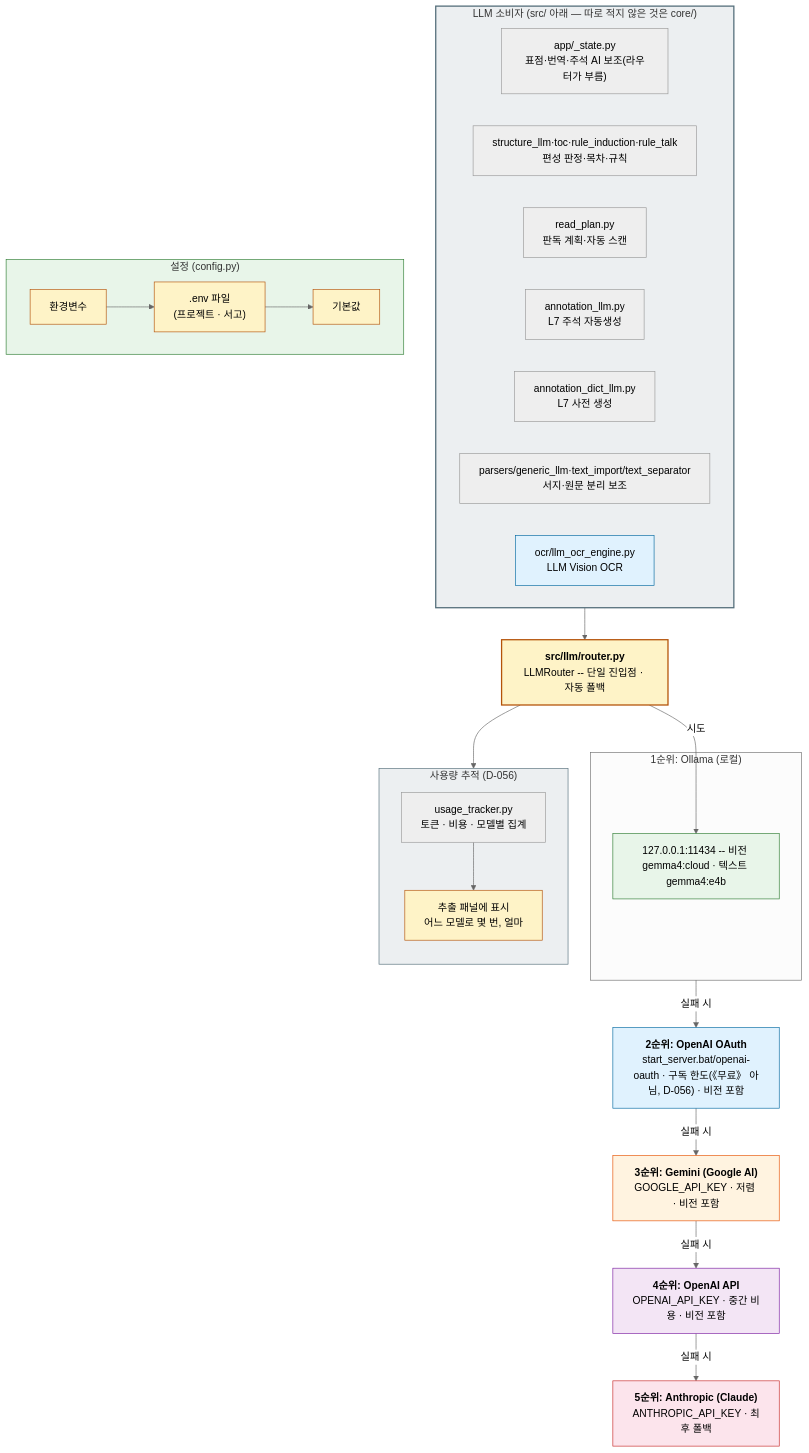
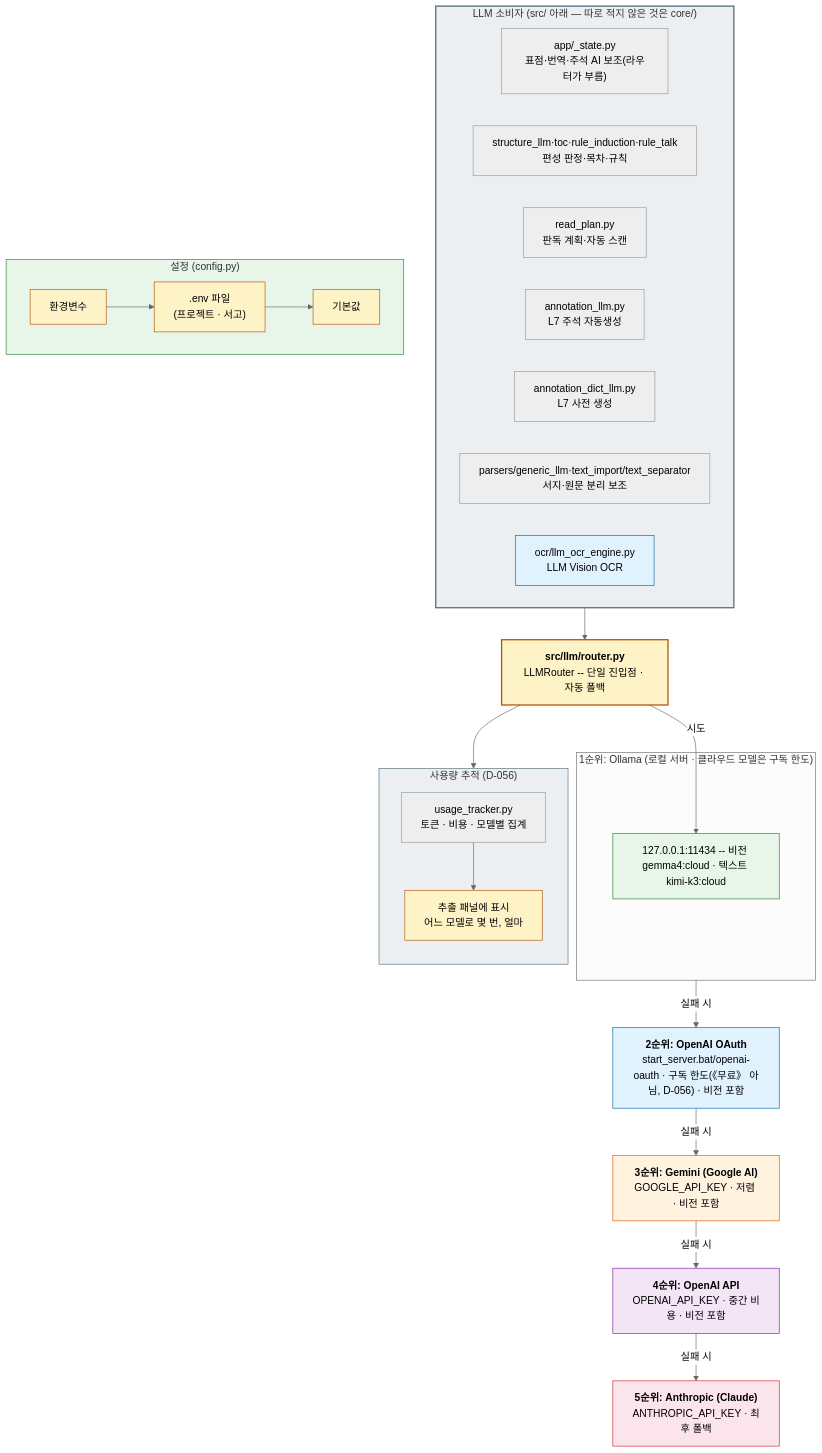
One commit to hw725/classical-text-browser changed the fourth of 14 diagrams in docs/architecture-diagrams.md. Above: the diagram before and after it, drawn with Mermaid (neutral theme). The commit also changed other lines of this file and 23 other files, not shown here.

````diff
--- a/docs/architecture-diagrams.md
+++ b/docs/architecture-diagrams.md
@@ -332,63 +332,63 @@
 ```mermaid
 flowchart TB
     ENTRY["<b>src/llm/router.py</b><br/>LLMRouter -- 단일 진입점 · 자동 폴백"]
 
     ENTRY -->|"시도"| TIER1
 
-    subgraph TIER1_GROUP["1순위: Ollama (로컬)"]
-        TIER1["127.0.0.1:11434 -- 비전 gemma4:cloud · 텍스트 gemma4:e4b"]
+    subgraph TIER1_GROUP["1순위: Ollama (로컬 서버 · 클라우드 모델은 구독 한도)"]
+        TIER1["127.0.0.1:11434 -- 비전 gemma4:cloud · 텍스트 kimi-k3:cloud"]
     end
 
     TIER1_GROUP -->|"실패 시"| TIER2
     TIER2["<b>2순위: OpenAI OAuth</b><br/>start_server.bat/openai-oauth · 구독 한도(《무료》 아님, D-056) · 비전 포함"]
     TIER2 -->|"실패 시"| TIER3
     TIER3["<b>3순위: Gemini (Google AI)</b><br/>GOOGLE_API_KEY · 저렴 · 비전 포함"]
     TIER3 -->|"실패 시"| TIER4
     TIER4["<b>4순위: OpenAI API</b><br/>OPENAI_API_KEY · 중간 비용 · 비전 포함"]
     TIER4 -->|"실패 시"| TIER5
     TIER5["<b>5순위: Anthropic (Claude)</b><br/>ANTHROPIC_API_KEY · 최후 폴백"]
 
     subgraph CONSUMERS["LLM 소비자 (src/ 아래 — 따로 적지 않은 것은 core/)"]
         direction LR
         C1["app/_state.py<br/>표점·번역·주석 AI 보조(라우터가 부름)"]
         C2["structure_llm·toc·rule_induction·rule_talk<br/>편성 판정·목차·규칙"]
         C3["read_plan.py<br/>판독 계획·자동 스캔"]
         C4["annotation_llm.py<br/>L7 주석 자동생성"]
         C5["annotation_dict_llm.py<br/>L7 사전 생성"]
         C6["parsers/generic_llm·text_import/text_separator<br/>서지·원문 분리 보조"]
         C7["ocr/llm_ocr_engine.py<br/>LLM Vision OCR"]
     end
 
     CONSUMERS --> ENTRY
 
     subgraph CONFIG["설정 (config.py)"]
         CF1["환경변수"]
         CF2[".env 파일<br/>(프로젝트 · 서고)"]
         CF3["기본값"]
         CF1 --> CF2 --> CF3
     end
 
     subgraph USAGE["사용량 추적 (D-056)"]
         direction TB
         UT["usage_tracker.py<br/>토큰 · 비용 · 모델별 집계"]
         UT2["추출 패널에 표시<br/>어느 모델로 몇 번, 얼마"]
         UT --> UT2
     end
 
     ENTRY --> USAGE
 
     style UT2 fill:#fef3c7,stroke:#b45309
     style C7 fill:#e0f2fe,stroke:#0369a1
     style ENTRY fill:#fef3c7,stroke:#b45309,stroke-width:2px
     style TIER1 fill:#e8f5e9,stroke:#2e7d32
     style TIER2 fill:#e0f2fe,stroke:#0369a1
     style TIER3 fill:#fff3e0,stroke:#e65100
     style TIER4 fill:#f3e5f5,stroke:#7b1fa2
     style TIER5 fill:#fce4ec,stroke:#c62828
     style CONSUMERS fill:#eceff1,stroke:#546e7a,stroke-width:2px
     style CONFIG fill:#e8f5e9,stroke:#2e7d32
     style CF1 fill:#fef3c7,stroke:#b45309
     style CF2 fill:#fef3c7,stroke:#b45309
     style CF3 fill:#fef3c7,stroke:#b45309
     style USAGE fill:#eceff1,stroke:#546e7a
 ```
````
